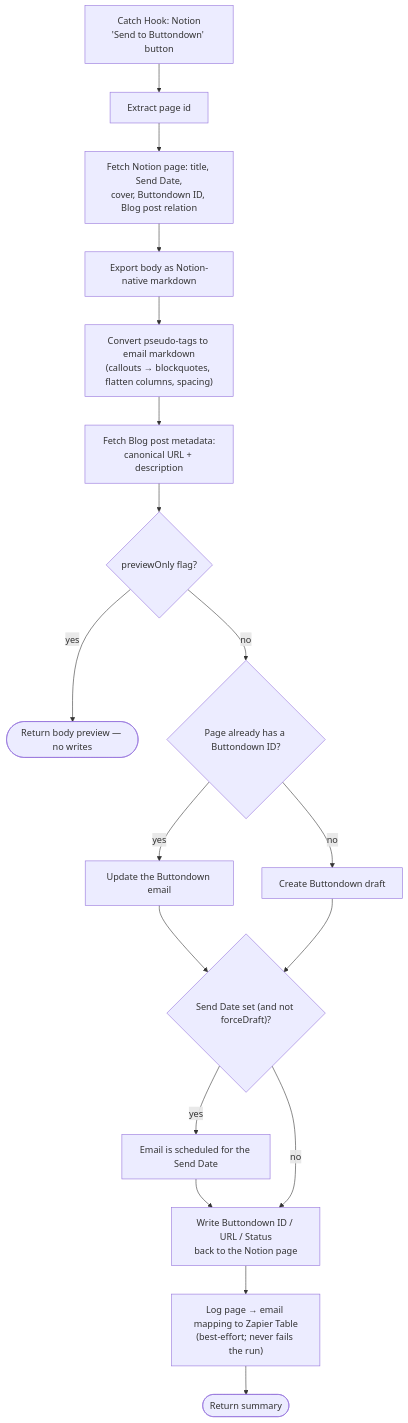
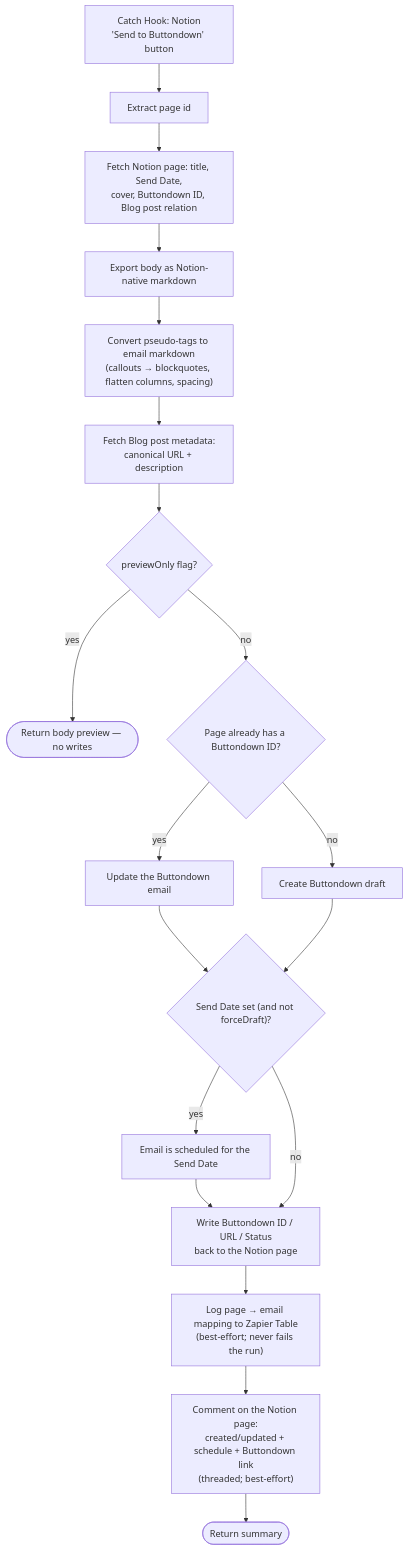
Before and after one commit to work-flowers/zapier-sdk: the diagram in notion-newsletter-to-buttondown/README.md, drawn with Mermaid. The commit also changed other lines of this file and 2 other files, not shown here.

````diff
--- a/notion-newsletter-to-buttondown/README.md
+++ b/notion-newsletter-to-buttondown/README.md
@@ -13,19 +13,20 @@
 ```mermaid
 flowchart TD
     A["Catch Hook: Notion<br/>'Send to Buttondown' button"] --> B["Extract page id"]
     B --> C["Fetch Notion page: title, Send Date,<br/>cover, Buttondown ID, Blog post relation"]
     C --> D["Export body as Notion-native markdown"]
     D --> E["Convert pseudo-tags to email markdown<br/>(callouts → blockquotes, flatten columns, spacing)"]
     E --> F["Fetch Blog post metadata:<br/>canonical URL + description"]
     F --> G{"previewOnly flag?"}
     G -- yes --> H(["Return body preview — no writes"])
     G -- no --> I{"Page already has a Buttondown ID?"}
     I -- yes --> J["Update the Buttondown email"]
     I -- no --> K["Create Buttondown draft"]
     J --> L{"Send Date set (and not forceDraft)?"}
     K --> L
     L -- yes --> M["Email is scheduled for the Send Date"] --> N
     L -- no --> N["Write Buttondown ID / URL / Status<br/>back to the Notion page"]
     N --> O["Log page → email mapping to Zapier Table<br/>(best-effort; never fails the run)"]
-    O --> P(["Return summary"])
+    O --> Q["Comment on the Notion page:<br/>created/updated + schedule + Buttondown link<br/>(threaded; best-effort)"]
+    Q --> P(["Return summary"])
 ```
````
